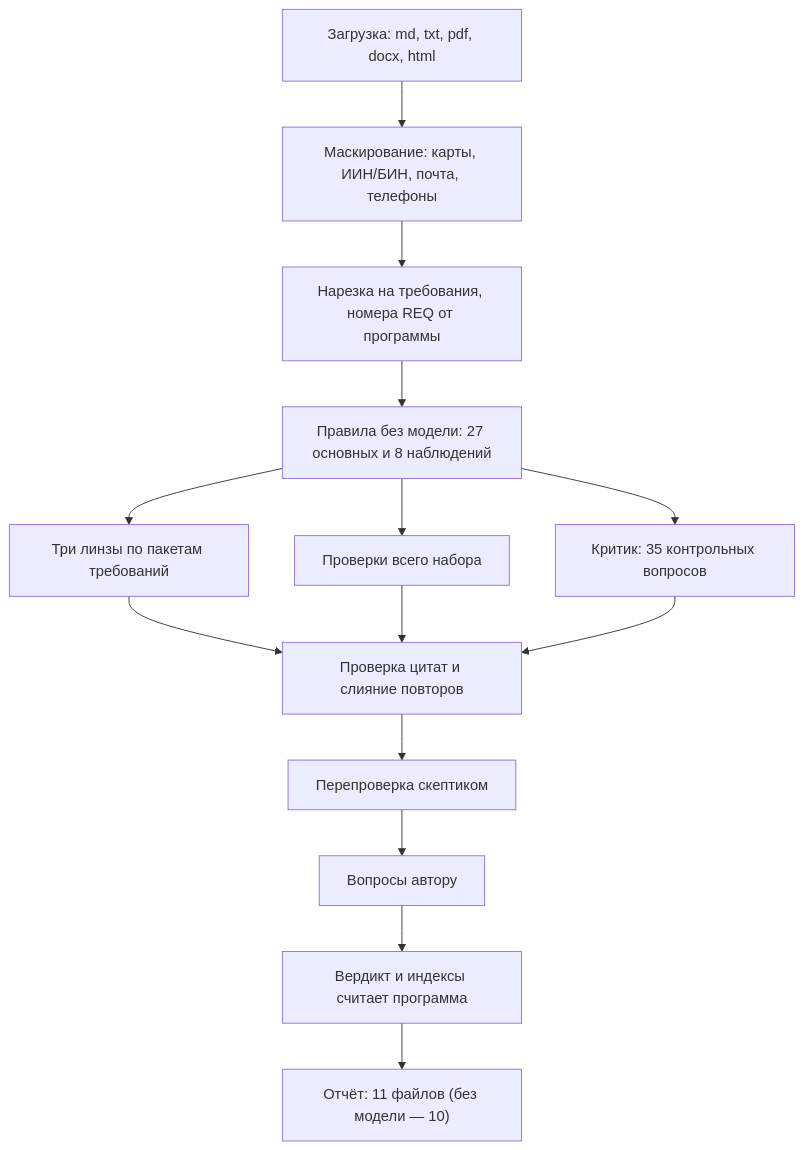
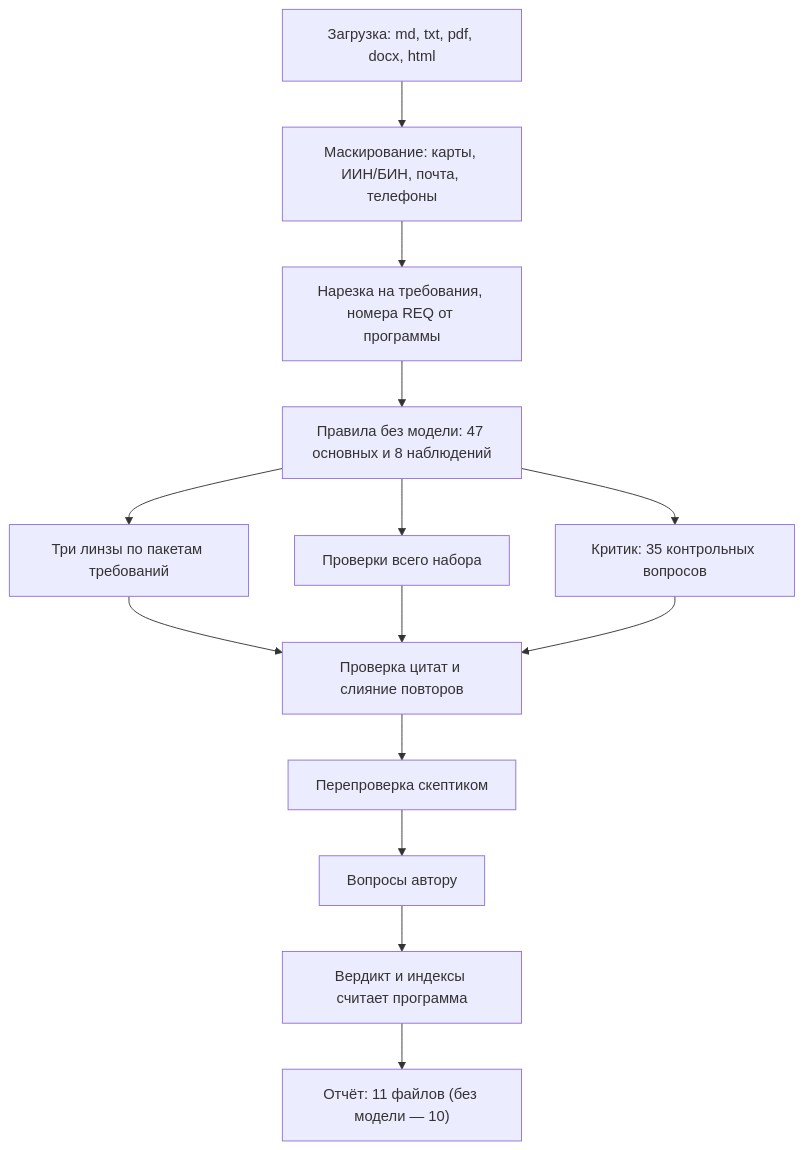
The diagram in README.md (Artmaster5/revizor-tz), drawn with Mermaid before and after one commit. The commit also changed 40 other files, not shown here.

````diff
--- a/README.md
+++ b/README.md
@@ -181,16 +181,16 @@
 ```mermaid
 flowchart TD
     A["Загрузка: md, txt, pdf, docx, html"] --> B["Маскирование: карты, ИИН/БИН, почта, телефоны"]
     B --> C["Нарезка на требования, номера REQ от программы"]
-    C --> D["Правила без модели: 27 основных и 8 наблюдений"]
+    C --> D["Правила без модели: 47 основных и 8 наблюдений"]
     D --> E["Три линзы по пакетам требований"]
     D --> F["Проверки всего набора"]
     D --> G["Критик: 35 контрольных вопросов"]
     E --> H["Проверка цитат и слияние повторов"]
     F --> H
     G --> H
     H --> I["Перепроверка скептиком"]
     I --> J["Вопросы автору"]
     J --> K["Вердикт и индексы считает программа"]
     K --> L["Отчёт: 11 файлов (без модели — 10)"]
 ```
````
